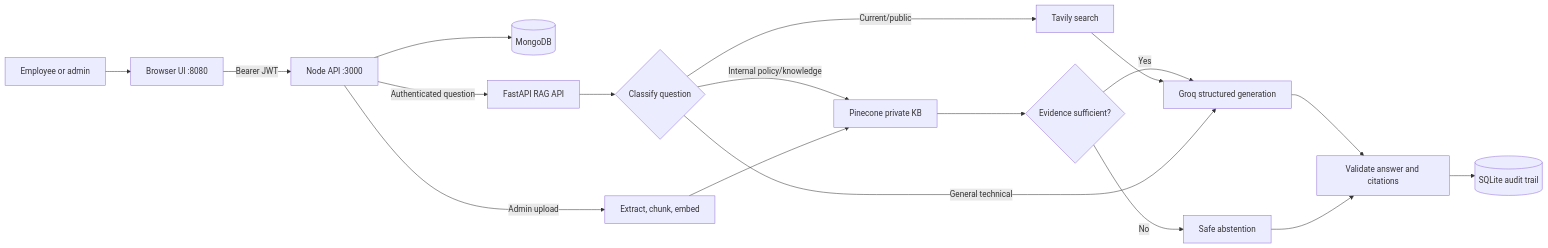
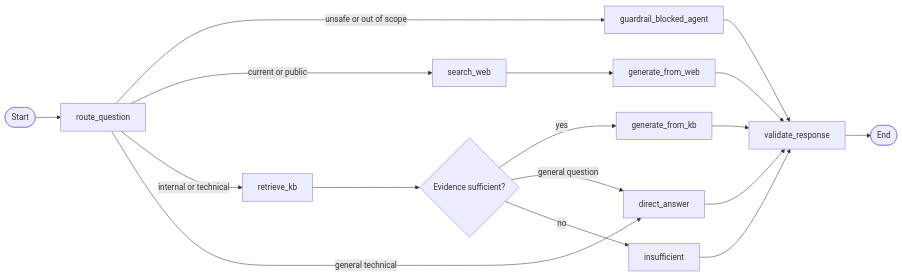
Before and after one commit to mayankcharde/Enterprise-agent: the diagram in README.MD, drawn with Mermaid. The commit also changed other lines of this file and 17 other files, not shown here.

````diff
--- a/README.MD
+++ b/README.MD
@@ -27,20 +98,19 @@
 ```mermaid
 flowchart LR
-    User[Employee or admin] --> UI[Browser UI :8080]
-    UI -->|Bearer JWT| API[Node API :3000]
-    API --> DB[(MongoDB)]
-    API -->|Authenticated question| RAG[FastAPI RAG API]
-    RAG --> Route{Classify question}
-    Route -->|Internal policy/knowledge| KB[Pinecone private KB]
-    KB --> Gate{Evidence sufficient?}
-    Gate -->|Yes| LLM[Groq structured generation]
-    Gate -->|No| Abstain[Safe abstention]
-    Route -->|Current/public| Web[Tavily search]
-    Web --> LLM
-    Route -->|General technical| LLM
-    LLM --> Validate[Validate answer and citations]
-    Abstain --> Validate
-    Validate --> Audit[(SQLite audit trail)]
-    API -->|Admin upload| Ingest[Extract, chunk, embed]
-    Ingest --> KB
+    Start([Start]) --> Route[route_question]
+    Route -->|unsafe or out of scope| Block[guardrail_blocked_agent]
+    Route -->|current or public| Web[search_web]
+    Route -->|internal or technical| KB[retrieve_kb]
+    Route -->|general technical| Direct[direct_answer]
+    KB --> Grade{Evidence sufficient?}
+    Grade -->|yes| Internal[generate_from_kb]
+    Grade -->|general question| Direct
+    Grade -->|no| Insufficient[insufficient]
+    Web --> External[generate_from_web]
+    Block --> Validate[validate_response]
+    Internal --> Validate
+    External --> Validate
+    Direct --> Validate
+    Insufficient --> Validate
+    Validate --> End([End])
 ```
````
